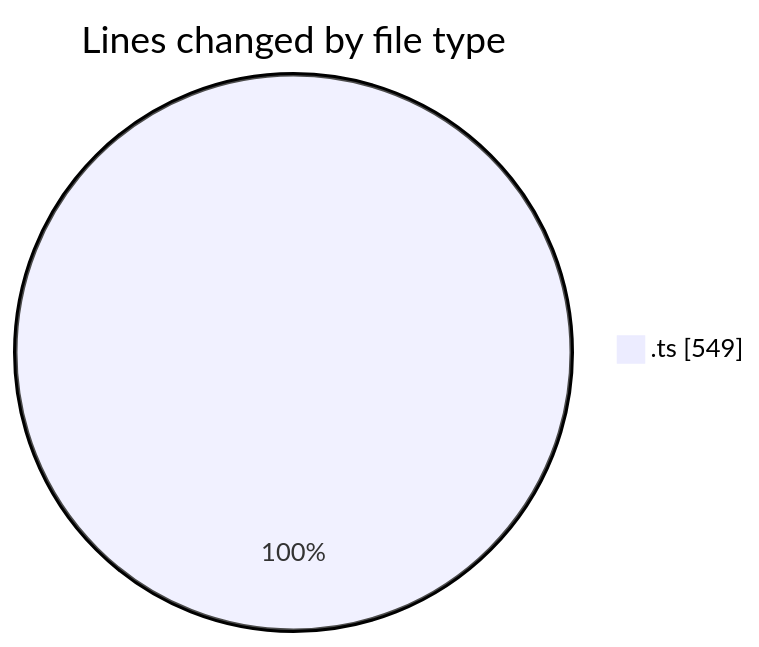
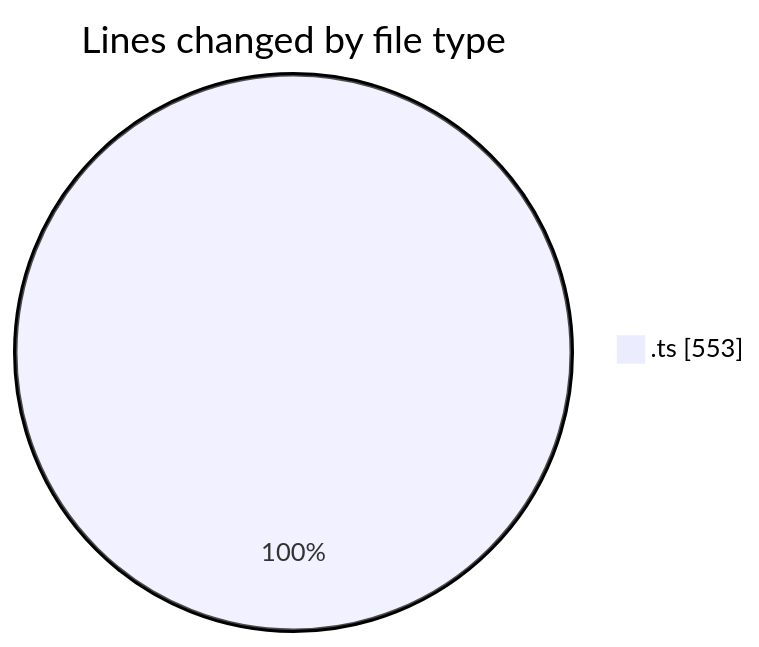
One commit to momahboobian/code-tracking changed the first of 2 diagrams in 2025-06-24/cda/README.md. Above: the diagram before and after it, drawn with Mermaid. The commit also changed other lines of this file and 1 other file, not shown here.

````diff
--- a/2025-06-24/cda/README.md
+++ b/2025-06-24/cda/README.md
@@ -20,5 +20,5 @@
 ```mermaid
 pie showData
 title Lines changed by file type
-".ts" : 549
+".ts" : 553
 ```
````
